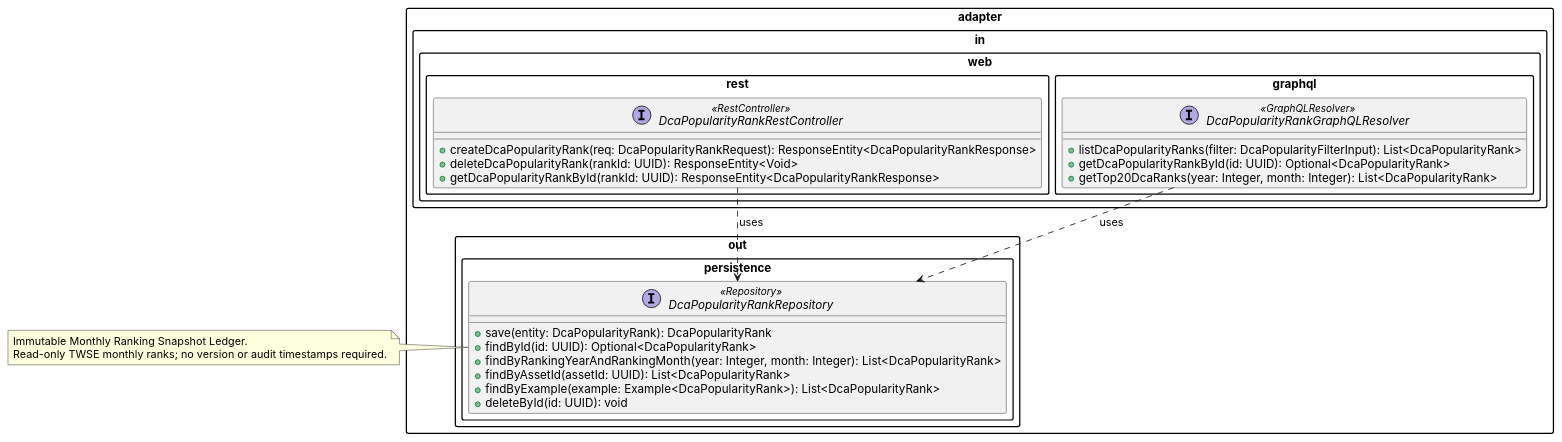
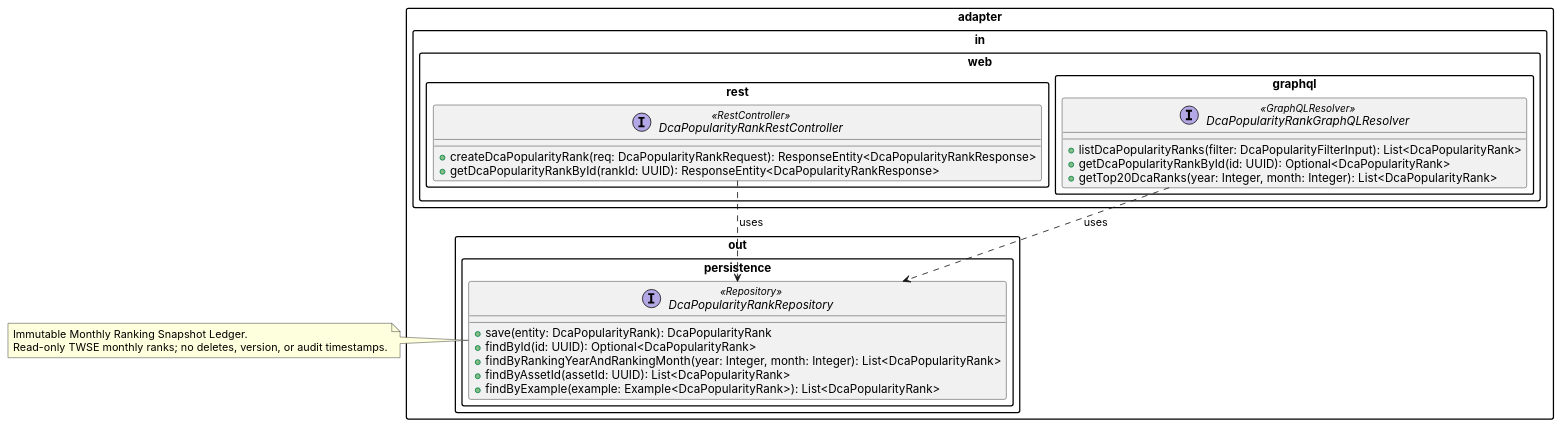
One commit to linuschien/etf-alpha-harvester changed the diagram in docs/02-design-specs/uml/dca_popularity_rank_contract.puml. Above: the diagram before and after it, drawn with PlantUML. The commit also changed 8 other files, not shown here.

```diff
--- a/docs/02-design-specs/uml/dca_popularity_rank_contract.puml
+++ b/docs/02-design-specs/uml/dca_popularity_rank_contract.puml
@@ -1,46 +1,44 @@
 @startuml dca_popularity_rank_contract
 
 !pragma layout smetana
 skinparam packageStyle rectangle
 skinparam defaultFontName Inter
 
 package "adapter.in.web.rest" {
   interface "DcaPopularityRankRestController" <<RestController>> {
-    ' --- Ingest / Delete ---
+    ' --- Ingest ---
     + createDcaPopularityRank(req: DcaPopularityRankRequest): ResponseEntity<DcaPopularityRankResponse>
-    + deleteDcaPopularityRank(rankId: UUID): ResponseEntity<Void>
     ' --- Single-resource Query ---
     + getDcaPopularityRankById(rankId: UUID): ResponseEntity<DcaPopularityRankResponse>
   }
 }
 
 package "adapter.in.web.graphql" {
   interface "DcaPopularityRankGraphQLResolver" <<GraphQLResolver>> {
     ' --- Collection / Filtered Queries ---
     + listDcaPopularityRanks(filter: DcaPopularityFilterInput): List<DcaPopularityRank>
     + getDcaPopularityRankById(id: UUID): Optional<DcaPopularityRank>
     + getTop20DcaRanks(year: Integer, month: Integer): List<DcaPopularityRank>
   }
 }
 
 package "adapter.out.persistence" {
   interface "DcaPopularityRankRepository" <<Repository>> {
     + save(entity: DcaPopularityRank): DcaPopularityRank
     + findById(id: UUID): Optional<DcaPopularityRank>
     + findByRankingYearAndRankingMonth(year: Integer, month: Integer): List<DcaPopularityRank>
     + findByAssetId(assetId: UUID): List<DcaPopularityRank>
     + findByExample(example: Example<DcaPopularityRank>): List<DcaPopularityRank>
-    + deleteById(id: UUID): void
   }
 }
 
 note right of DcaPopularityRankRepository
   Immutable Monthly Ranking Snapshot Ledger.
-  Read-only TWSE monthly ranks; no version or audit timestamps required.
+  Read-only TWSE monthly ranks; no deletes, version, or audit timestamps.
 end note
 
 ' === Dependency Arrows ===
 "DcaPopularityRankRestController"  ..> "DcaPopularityRankRepository" : uses
 "DcaPopularityRankGraphQLResolver" ..> "DcaPopularityRankRepository" : uses
 
 @enduml
```
